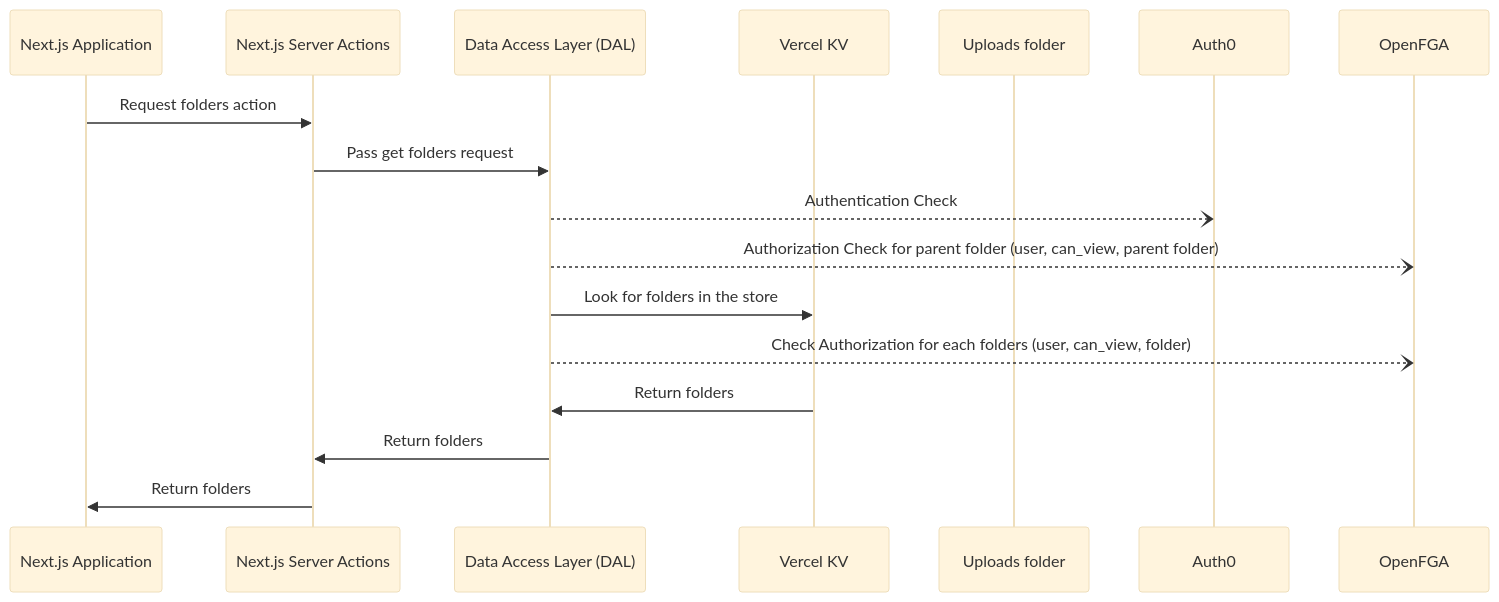
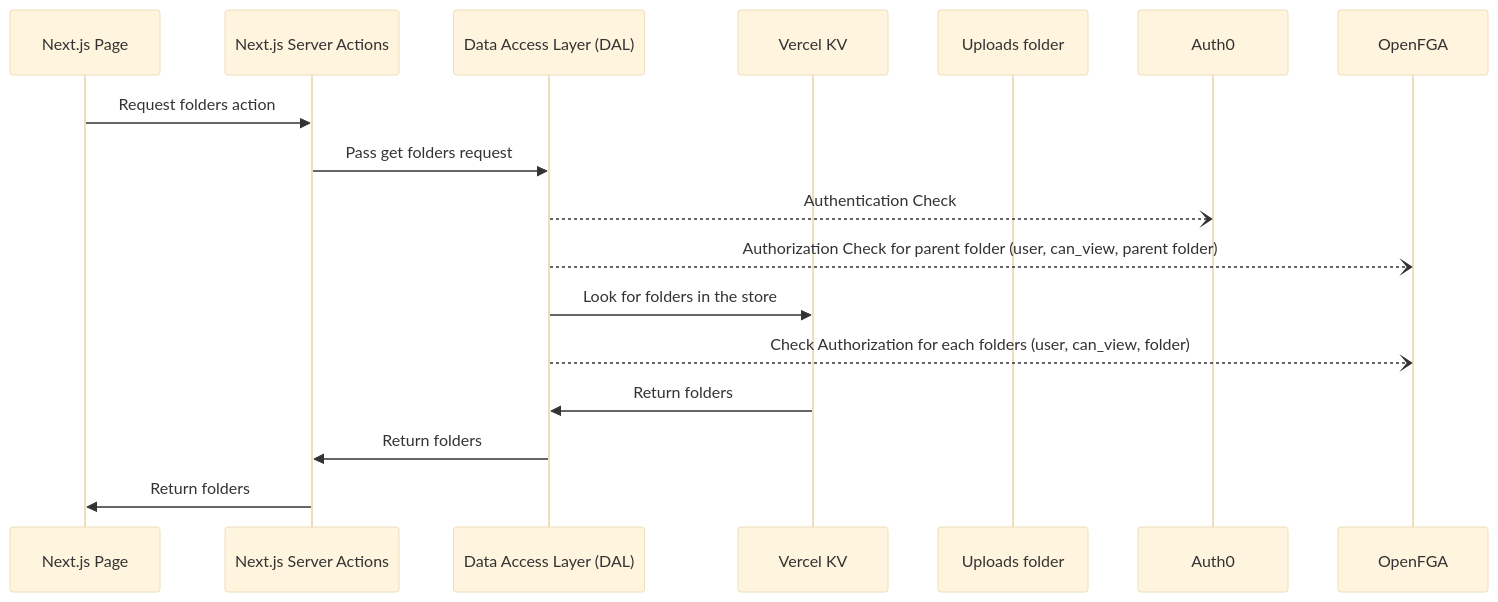
Before and after one commit to oktadev/fga-drive-example: the sixth of 8 diagrams in README.md, drawn with Mermaid (base theme). The commit also changed other lines of this file, not shown here.

Commit message:
Fix architecture schemas in the readme

````diff
--- a/README.md
+++ b/README.md
@@ -303,19 +301,19 @@
 ```mermaid
 sequenceDiagram;
-  participant Next.js Application
+  participant Next.js Page
   participant Next.js Server Actions
   participant Data Access Layer (DAL)
   participant Vercel KV
   participant Uploads folder
   participant Auth0
   participant OpenFGA
-  Next.js Application->>Next.js Server Actions: Request folders action
+  Next.js Page->>Next.js Server Actions: Request folders action
   Next.js Server Actions->>Data Access Layer (DAL): Pass get folders request
   Data Access Layer (DAL)--)Auth0: Authentication Check
   Data Access Layer (DAL)--)OpenFGA: Authorization Check for parent folder (user, can_view, parent folder)
   Data Access Layer (DAL)->>Vercel KV: Look for folders in the store
   Data Access Layer (DAL)--)OpenFGA: Check Authorization for each folders (user, can_view, folder)
   Vercel KV->>Data Access Layer (DAL): Return folders
   Data Access Layer (DAL)->>Next.js Server Actions: Return folders
-  Next.js Server Actions->>Next.js Application: Return folders
+  Next.js Server Actions->>Next.js Page: Return folders
 ```
````
